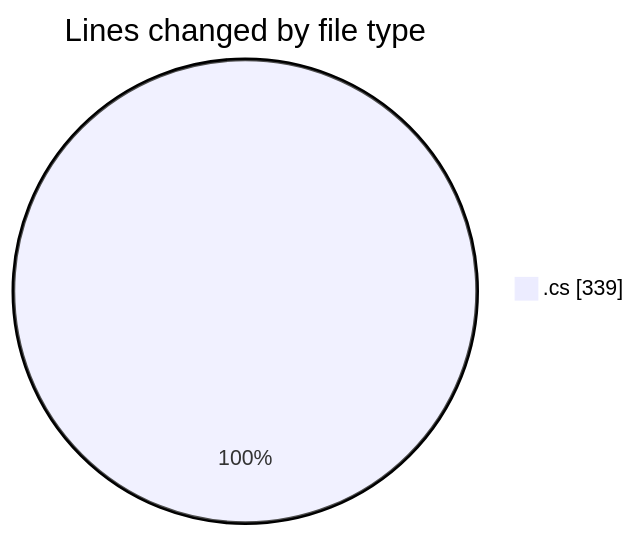
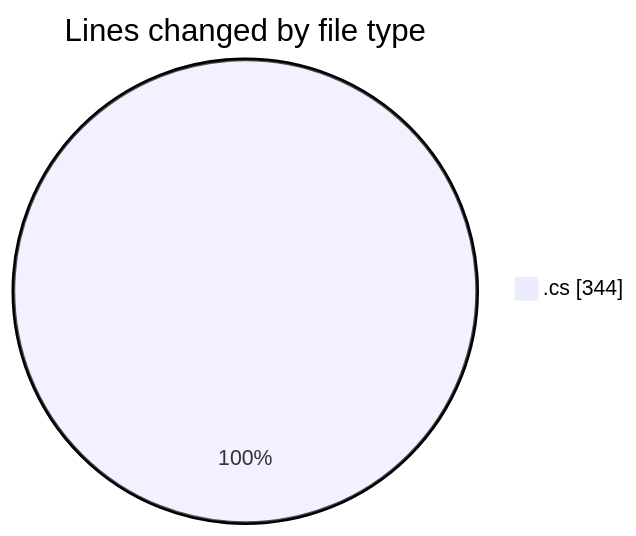
One commit to Netris89/code-tracking changed the first of 2 diagrams in 2025-04-29/back-end/README.md. Above: the diagram before and after it, drawn with Mermaid. The commit also changed other lines of this file and 1 other file, not shown here.

````diff
--- a/2025-04-29/back-end/README.md
+++ b/2025-04-29/back-end/README.md
@@ -23,5 +23,5 @@
 ```mermaid
 pie showData
 title Lines changed by file type
-".cs" : 339
+".cs" : 344
 ```
````
